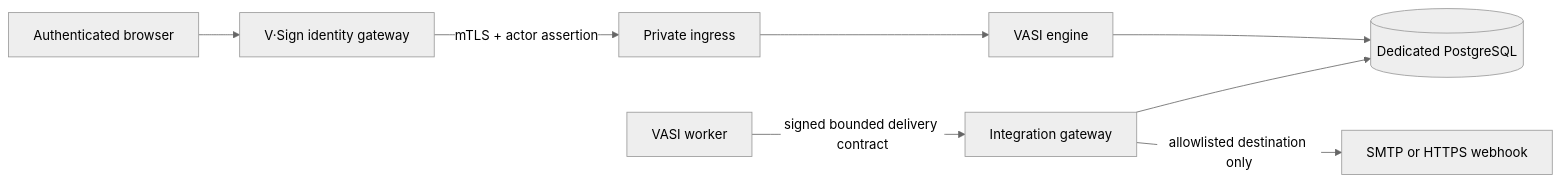
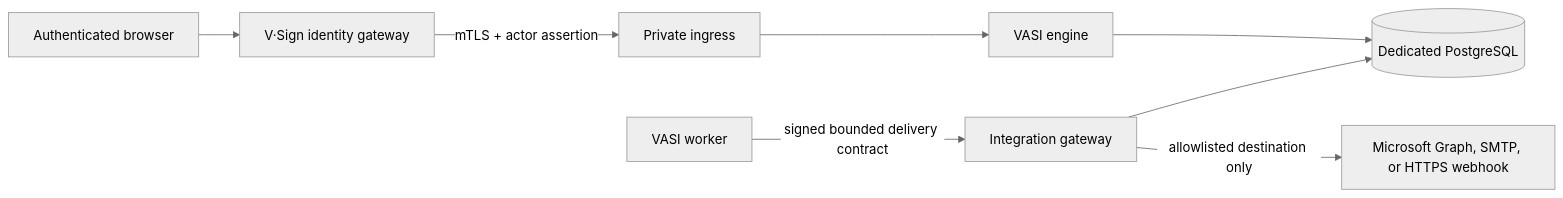
One commit to AznIronMan/VASI changed the diagram in docs/architecture/productized-tenancy-and-integrations.md. Above: the diagram before and after it, drawn with Mermaid (neutral theme). The commit also changed other lines of this file and 30 other files, not shown here.

Commit message:
Add governed Microsoft Graph workflow delivery

````diff
--- a/docs/architecture/productized-tenancy-and-integrations.md
+++ b/docs/architecture/productized-tenancy-and-integrations.md
@@ -13,10 +13,10 @@
 ```mermaid
 flowchart LR
   browser["Authenticated browser"] --> gateway["V·Sign identity gateway"]
   gateway -->|"mTLS + actor assertion"| ingress["Private ingress"]
   ingress --> engine["VASI engine"]
   engine --> database[("Dedicated PostgreSQL")]
   worker["VASI worker"] -->|"signed bounded delivery contract"| integrations["Integration gateway"]
   integrations --> database
-  integrations -->|"allowlisted destination only"| external["SMTP or HTTPS webhook"]
+  integrations -->|"allowlisted destination only"| external["Microsoft Graph, SMTP, or HTTPS webhook"]
 ```
````
